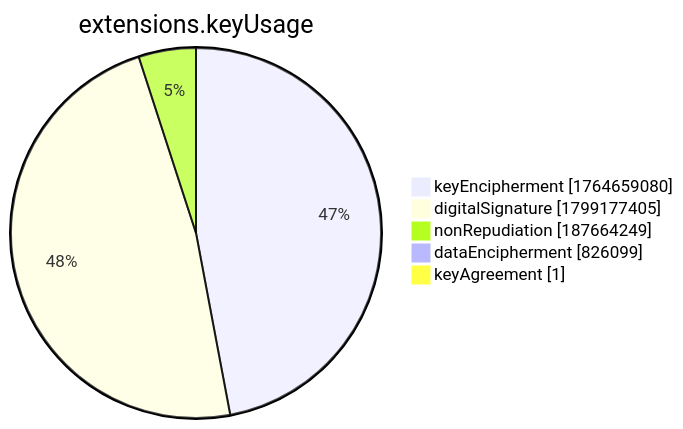
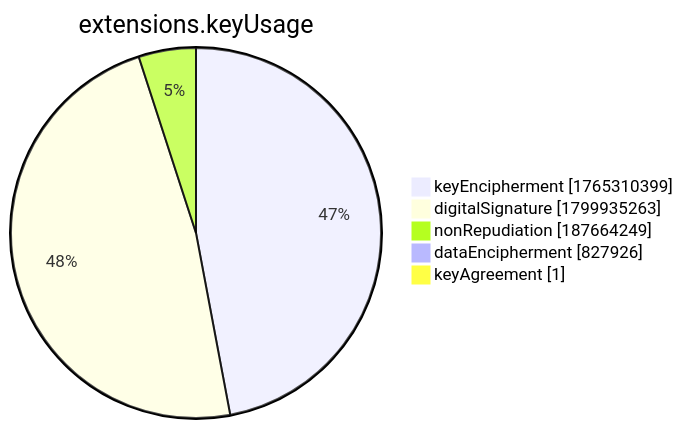
Before and after one commit to christiankrug/ctmonitor_visualization: the seventh of 15 diagrams in xenon2022/README.md, drawn with Mermaid. The commit also changed other lines of this file, not shown here.

````diff
--- a/xenon2022/README.md
+++ b/xenon2022/README.md
@@ -2859,9 +2859,9 @@
 ```mermaid
 pie showData
 title extensions.keyUsage
-"keyEncipherment" :1764659080
-"digitalSignature" :1799177405
+"keyEncipherment" :1765310399
+"digitalSignature" :1799935263
 "nonRepudiation" :187664249
-"dataEncipherment" :826099
+"dataEncipherment" :827926
 "keyAgreement" :1
 ```
````
